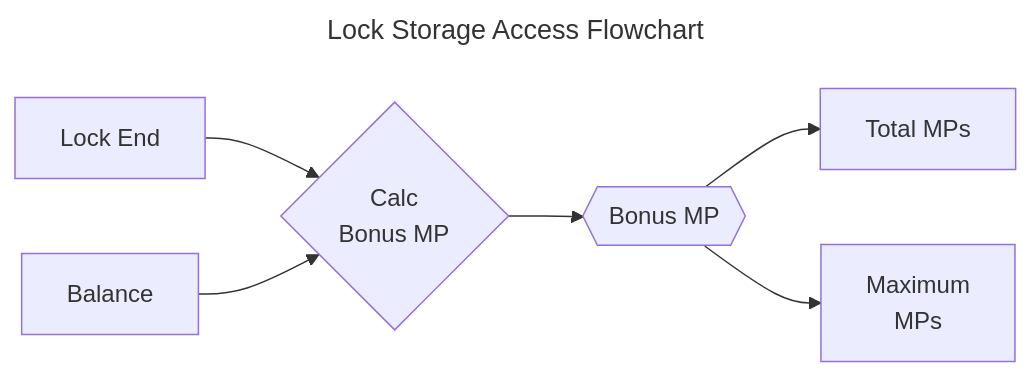
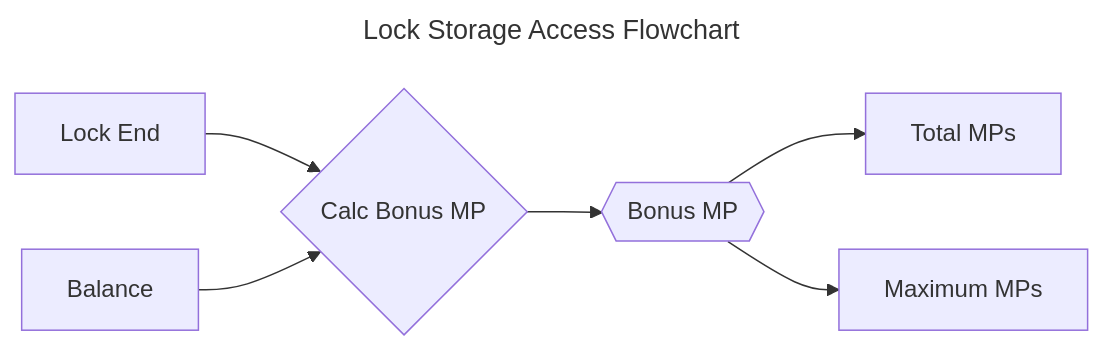
One commit to vacp2p/staking-reward-streamer changed the second of 4 diagrams in docs/MathSpec.md. Above: the diagram before and after it, drawn with Mermaid. The commit also changed other lines of this file, not shown here.

Commit message:
Remove \n from diagrams

````diff
--- a/docs/MathSpec.md
+++ b/docs/MathSpec.md
@@ -488,16 +481,16 @@
 ```mermaid
 ---
 title: Lock Storage Access Flowchart
 ---
 flowchart LR
 	BonusMP{{Bonus MP}}
 	LockEnd[Lock End]
 	TotalMP[Total MPs]
-	MaxMP[Maximum\nMPs]
-	FBonusMP{Calc\nBonus MP}
+	MaxMP[Maximum MPs]
+	FBonusMP{Calc Bonus MP}
     BonusMP --> TotalMP
     BonusMP --> MaxMP
     LockEnd --> FBonusMP
     Balance --> FBonusMP
     FBonusMP --> BonusMP
 ```
````
